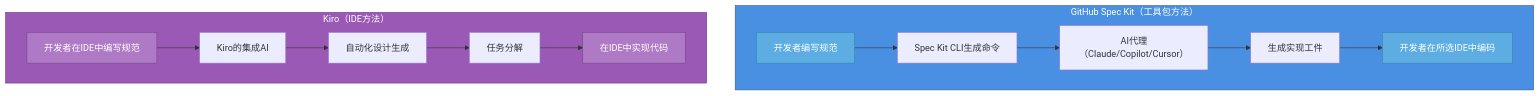
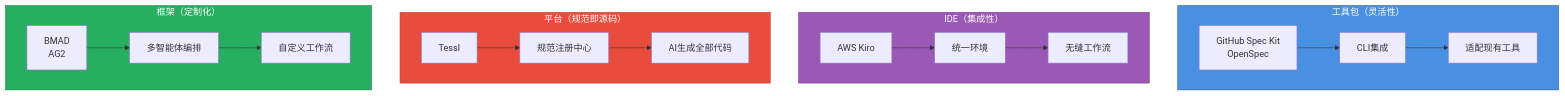
The first of 3 diagrams in i18n/zh/docusaurus-plugin-content-blog/2025-10-22-implementing-spec-driven-development-tools-and-workflows-in-practice.mdx (tikazyq/marvinzhang.dev), drawn with Mermaid before and after one commit. The commit also changed other lines of this file, not shown here.

````diff
--- a/i18n/zh/docusaurus-plugin-content-blog/2025-10-22-implementing-spec-driven-development-tools-and-workflows-in-practice.mdx
+++ b/i18n/zh/docusaurus-plugin-content-blog/2025-10-22-implementing-spec-driven-development-tools-and-workflows-in-practice.mdx
@@ -60,23 +52,40 @@
 ```mermaid
-flowchart TB
-    subgraph toolkit["GitHub Spec Kit（工具包方法）"]
-        A1["开发者编写规范"] --> B1["Spec Kit CLI生成命令"]
-        B1 --> C1["AI代理（Claude/Copilot/Cursor）"]
-        C1 --> D1["生成实现工件"]
-        D1 --> E1["开发者在所选IDE中编码"]
+flowchart TD
+    subgraph toolkits["工具包（灵活性）"]
+        T1["GitHub Spec Kit<br/>OpenSpec"]
+        T2["CLI集成"]
+        T3["适配现有工具"]
     end
     
-    subgraph ide["Kiro（IDE方法）"]
-        A2["开发者在IDE中编写规范"] --> B2["Kiro的集成AI"]
-        B2 --> C2["自动化设计生成"]
-        C2 --> D2["任务分解"]
-        D2 --> E2["在IDE中实现代码"]
+    subgraph ides["IDE（集成性）"]
+        I1["AWS Kiro"]
+        I2["统一环境"]
+        I3["无缝工作流"]
     end
     
-    style toolkit fill:#4a90e2,stroke:#2e5c8a,color:#fff
-    style ide fill:#9b59b6,stroke:#6c3483,color:#fff
-    style A1 fill:#5dade2,stroke:#2e86ab,color:#fff
-    style E1 fill:#5dade2,stroke:#2e86ab,color:#fff
-    style A2 fill:#af7ac5,stroke:#76448a,color:#fff
-    style E2 fill:#af7ac5,stroke:#76448a,color:#fff
+    subgraph platforms["平台（规范即源码）"]
+        P1["Tessl"]
+        P2["规范注册中心"]
+        P3["AI生成全部代码"]
+    end
+    
+    subgraph frameworks["框架（定制化）"]
+        F1["BMAD<br/>AG2"]
+        F2["多智能体编排"]
+        F3["自定义工作流"]
+    end
+    
+    T1 --> T2
+    T2 --> T3
+    I1 --> I2
+    I2 --> I3
+    P1 --> P2
+    P2 --> P3
+    F1 --> F2
+    F2 --> F3
+    
+    style toolkits fill:#4a90e2,stroke:#2e5c8a,color:#fff
+    style ides fill:#9b59b6,stroke:#6c3483,color:#fff
+    style platforms fill:#e74c3c,stroke:#c0392b,color:#fff
+    style frameworks fill:#27ae60,stroke:#1e8449,color:#fff
 ```
````
